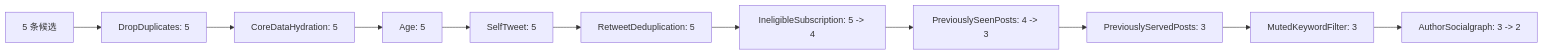
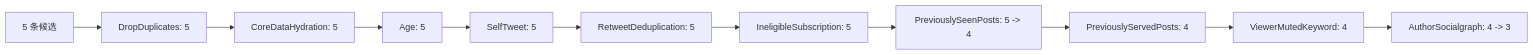
One commit to freefcw/x-algorithm changed the first of 2 diagrams in docs/home-mixer/10-end-to-end-example.md. Above: the diagram before and after it, drawn with Mermaid. The commit also changed other lines of this file and 15 other files, not shown here.

````diff
--- a/docs/home-mixer/10-end-to-end-example.md
+++ b/docs/home-mixer/10-end-to-end-example.md
@@ -82,13 +82,13 @@
 ```mermaid
 flowchart LR
     A["5 条候选"] --> B["DropDuplicates: 5"]
     B --> C["CoreDataHydration: 5"]
     C --> D["Age: 5"]
     D --> E["SelfTweet: 5"]
     E --> F["RetweetDeduplication: 5"]
-    F --> G["IneligibleSubscription: 5 -> 4"]
-    G --> H["PreviouslySeenPosts: 4 -> 3"]
-    H --> I["PreviouslyServedPosts: 3"]
-    I --> J["MutedKeywordFilter: 3"]
-    J --> K["AuthorSocialgraph: 3 -> 2"]
+    F --> G["IneligibleSubscription: 5"]
+    G --> H["PreviouslySeenPosts: 5 -> 4"]
+    H --> I["PreviouslyServedPosts: 4"]
+    I --> J["ViewerMutedKeyword: 4"]
+    J --> K["AuthorSocialgraph: 4 -> 3"]
 ```
````
